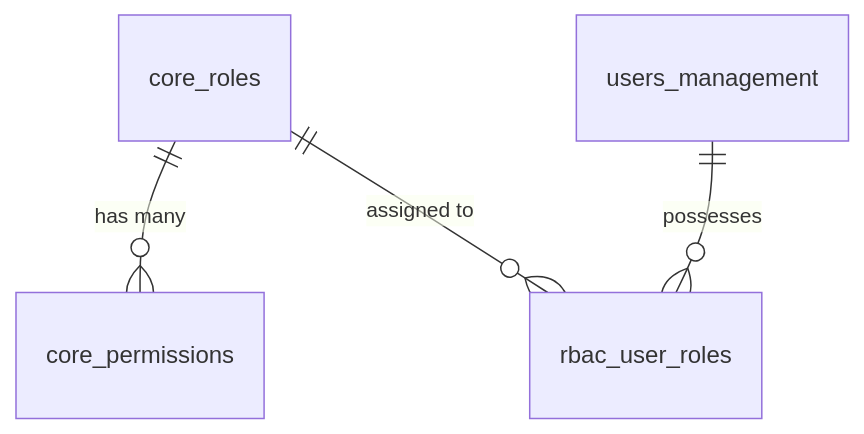
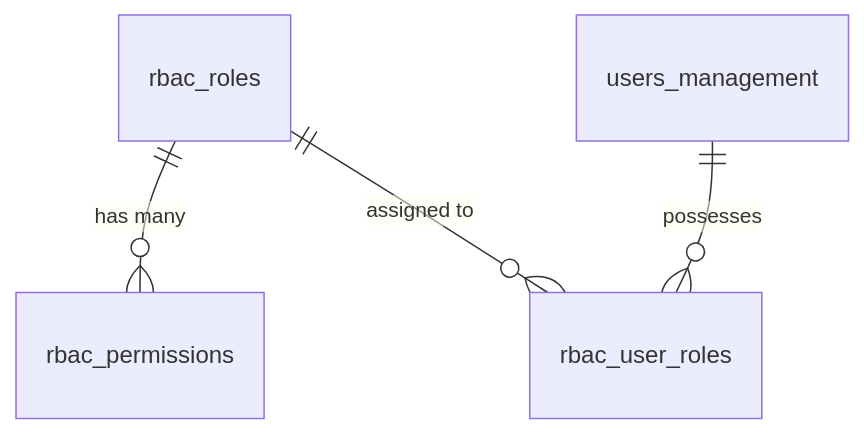
Before and after one commit to kindustries-erp/erp-api: the diagram in .agents/skills/modules/rbac-core/SKILL.md, drawn with Mermaid. The commit also changed other lines of this file and 68 other files, not shown here.

First line of the commit message:
refactor(rbac-core): lõi base-only, entity Rbac* sang rbac-roles, đổi tên bảng rbac_*

````diff
--- a/.agents/skills/modules/rbac-core/SKILL.md
+++ b/.agents/skills/modules/rbac-core/SKILL.md
@@ -24,6 +24,6 @@
 ```mermaid
 erDiagram
-    core_roles ||--o{ core_permissions : "has many"
-    core_roles ||--o{ rbac_user_roles : "assigned to"
+    rbac_roles ||--o{ rbac_permissions : "has many"
+    rbac_roles ||--o{ rbac_user_roles : "assigned to"
     users_management ||--o{ rbac_user_roles : "possesses"
 ```
````
